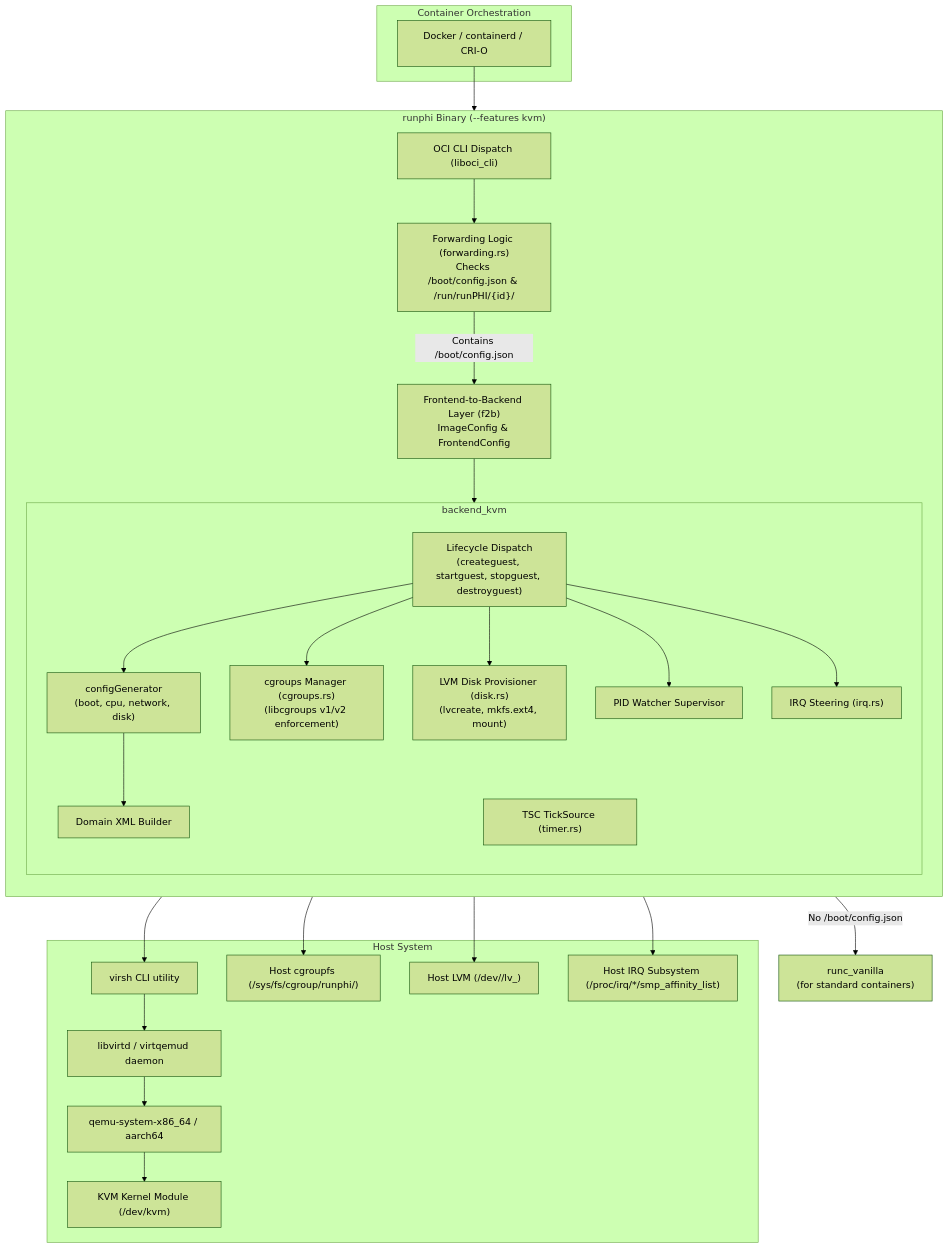
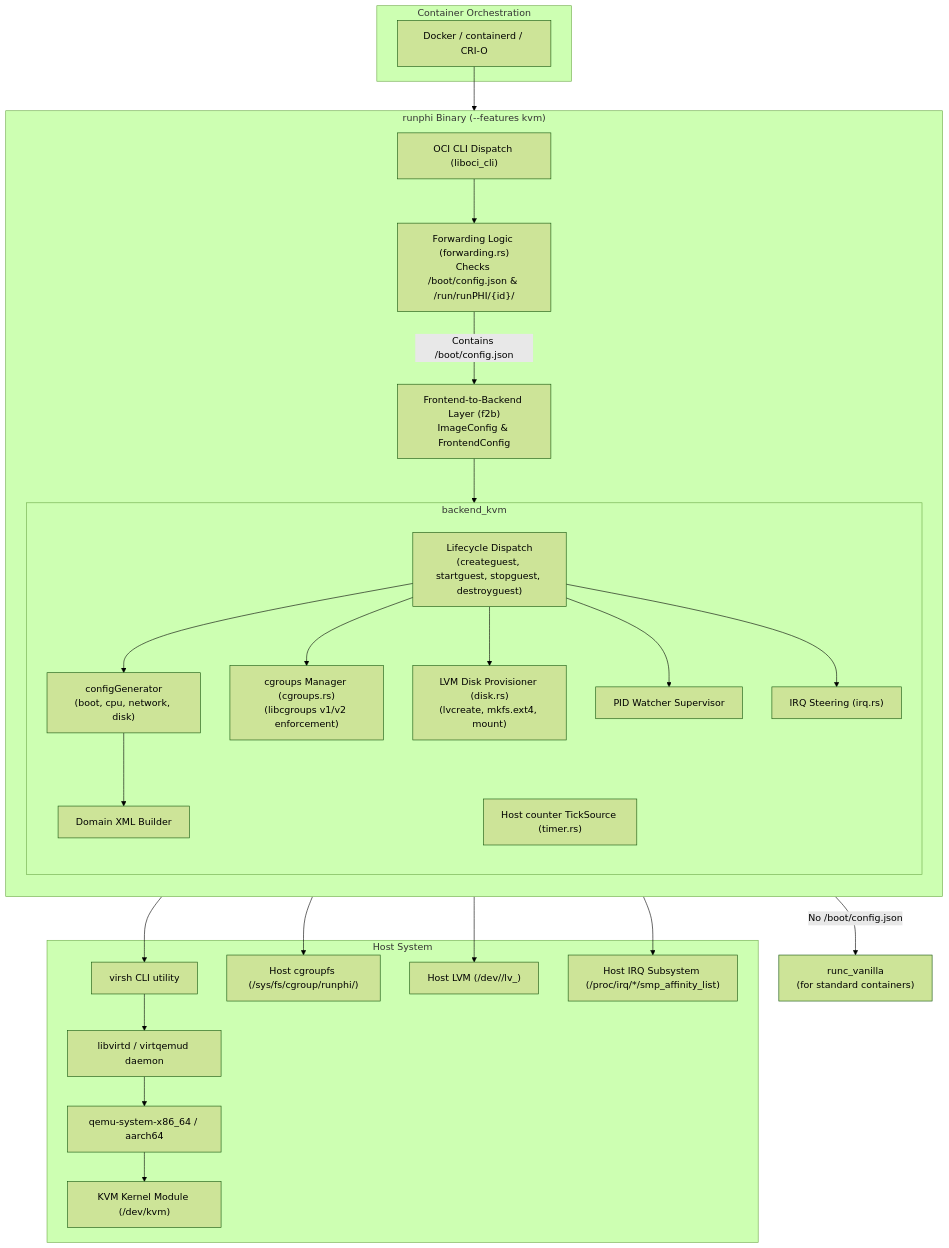
One commit to runphi/runphi_manager changed the first of 2 diagrams in doc/backend_kvm_docs/architecture_and_lifecycle.md. Above: the diagram before and after it, drawn with Mermaid (forest theme). The commit also changed other lines of this file and 6 other files, not shown here.

````diff
--- a/doc/backend_kvm_docs/architecture_and_lifecycle.md
+++ b/doc/backend_kvm_docs/architecture_and_lifecycle.md
@@ -9,60 +9,60 @@
 ```mermaid
 flowchart TB
     subgraph caller["Container Orchestration"]
         docker["Docker / containerd / CRI-O"]
     end
 
     subgraph runphi_bin["runphi Binary (--features kvm)"]
         direction TB
         oci_entry["OCI CLI Dispatch (liboci_cli)"]
         fwd["Forwarding Logic (forwarding.rs)<br/>Checks /boot/config.json & /run/runPHI/{id}/"]
         f2b_layer["Frontend-to-Backend Layer (f2b)<br/>ImageConfig & FrontendConfig"]
         
         subgraph backend_kvm["backend_kvm"]
             direction TB
             cfg_gen["configGenerator<br/>(boot, cpu, network, disk)"]
             domain_xml["Domain XML Builder"]
             lifecycle["Lifecycle Dispatch<br/>(createguest, startguest, stopguest, destroyguest)"]
             cgroups_mgr["cgroups Manager (cgroups.rs)<br/>(libcgroups v1/v2 enforcement)"]
             disk_mgr["LVM Disk Provisioner (disk.rs)<br/>(lvcreate, mkfs.ext4, mount)"]
             watcher_mgr["PID Watcher Supervisor"]
             irq_mgr["IRQ Steering (irq.rs)"]
-            timer_src["TSC TickSource (timer.rs)"]
+            timer_src["Host counter TickSource (timer.rs)"]
         end
     end
 
     subgraph host_stack["Host System"]
         libvirt["libvirtd / virtqemud daemon"]
         virsh_cli["virsh CLI utility"]
         qemu["qemu-system-x86_64 / aarch64"]
         kvm_mod["KVM Kernel Module (/dev/kvm)"]
         cgroup_fs["Host cgroupfs (/sys/fs/cgroup/runphi/<id>)"]
         host_lvm["Host LVM (/dev/<vg>/lv_<id>)"]
         proc_irq["Host IRQ Subsystem (/proc/irq/*/smp_affinity_list)"]
     end
 
     runc["runc_vanilla<br/>(for standard containers)"]
 
     %% Connections
     docker --> oci_entry
     oci_entry --> fwd
 
     fwd -- "No /boot/config.json" --> runc
     fwd -- "Contains /boot/config.json" --> f2b_layer
 
     f2b_layer --> lifecycle
     lifecycle --> cfg_gen
     cfg_gen --> domain_xml
     lifecycle --> virsh_cli
     lifecycle --> cgroups_mgr
     lifecycle --> disk_mgr
     lifecycle --> watcher_mgr
     lifecycle --> irq_mgr
 
     virsh_cli --> libvirt
     libvirt --> qemu
     qemu --> kvm_mod
     cgroups_mgr --> cgroup_fs
     disk_mgr --> host_lvm
     irq_mgr --> proc_irq
 ```
````
